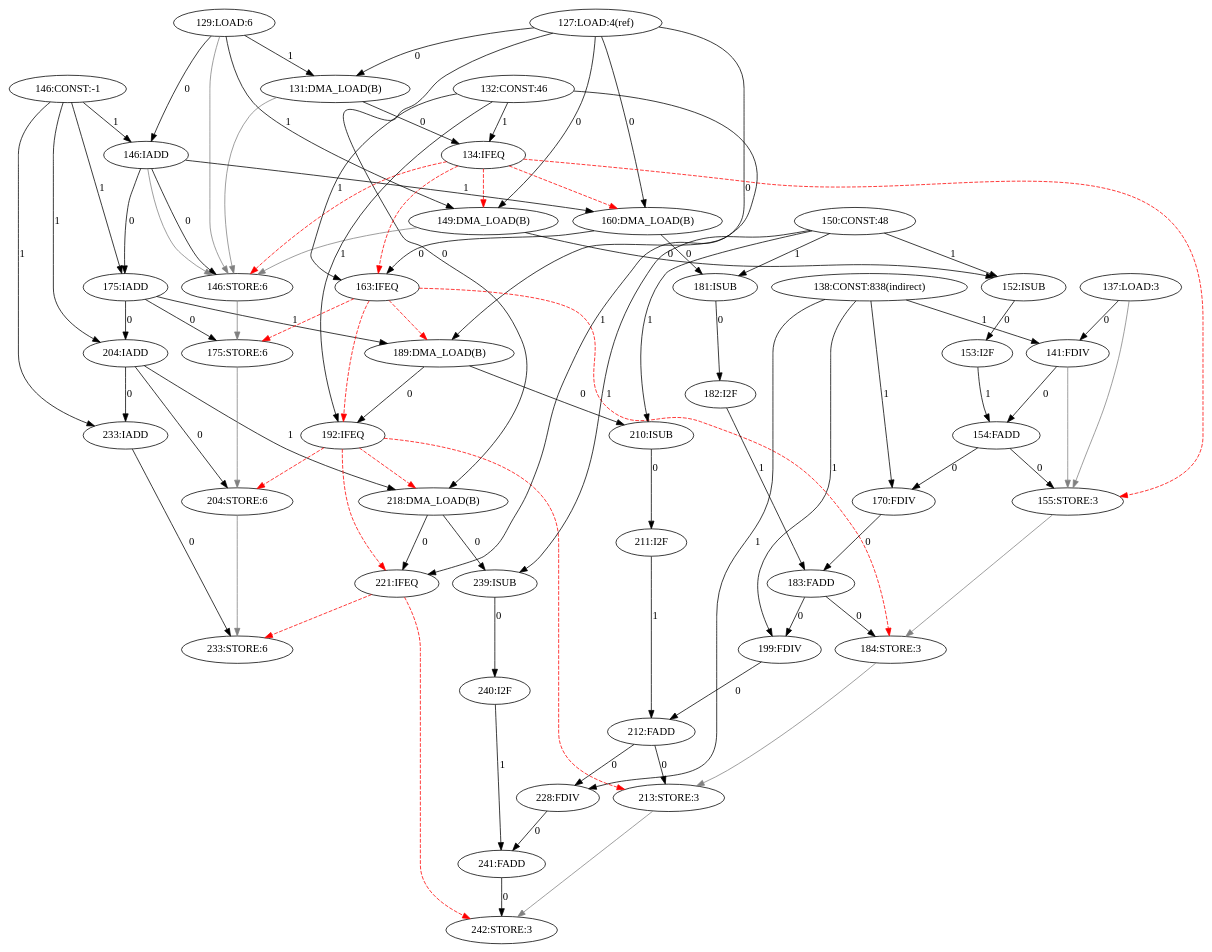
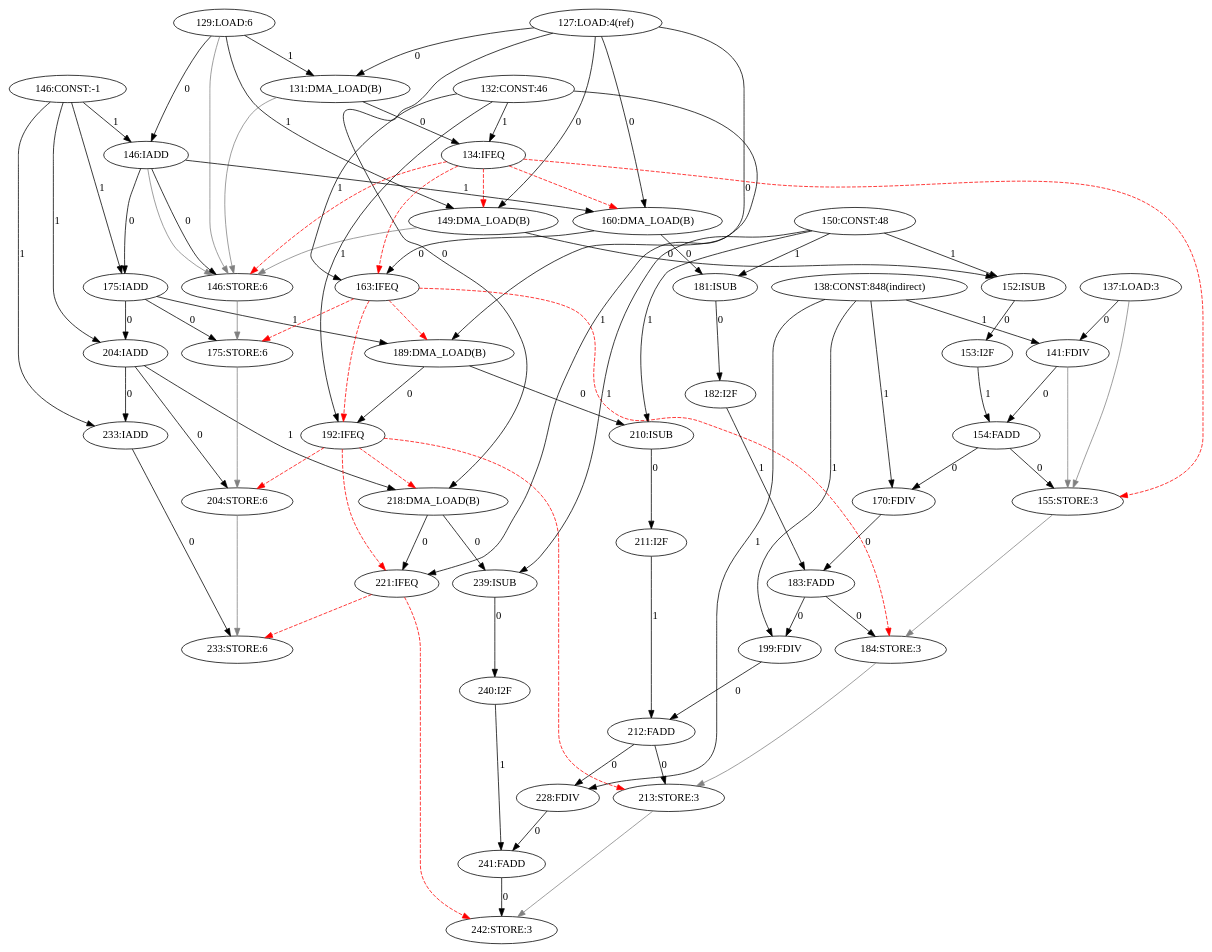
The diagram in amidar-sim2/Amidar/log/java.lang.Float.parseFloat(Ljava.lang.String;)F-127-246-CDFG.dot (Ana-Borg/CGRA-Versuch), drawn with Graphviz before and after one commit. The commit also changed 119 other files, not shown here.

```diff
--- a/amidar-sim2/Amidar/log/java.lang.Float.parseFloat(Ljava.lang.String;)F-127-246-CDFG.dot
+++ b/amidar-sim2/Amidar/log/java.lang.Float.parseFloat(Ljava.lang.String;)F-127-246-CDFG.dot
@@ -1,91 +1,91 @@
 digraph depgraph {
 "127:LOAD:4(ref)" -> "131:DMA_LOAD(B)"[label=0];
 "129:LOAD:6" -> "131:DMA_LOAD(B)"[label=1];
 "127:LOAD:4(ref)" -> "149:DMA_LOAD(B)"[label=0];
 "129:LOAD:6" -> "149:DMA_LOAD(B)"[label=1];
 "134:IFEQ" -> "149:DMA_LOAD(B)"[color=red,style=dashed];
 "127:LOAD:4(ref)" -> "160:DMA_LOAD(B)"[label=0];
 "146:IADD" -> "160:DMA_LOAD(B)"[label=1];
 "134:IFEQ" -> "160:DMA_LOAD(B)"[color=red,style=dashed];
 "127:LOAD:4(ref)" -> "189:DMA_LOAD(B)"[label=0];
 "175:IADD" -> "189:DMA_LOAD(B)"[label=1];
 "163:IFEQ" -> "189:DMA_LOAD(B)"[color=red,style=dashed];
 "127:LOAD:4(ref)" -> "218:DMA_LOAD(B)"[label=0];
 "204:IADD" -> "218:DMA_LOAD(B)"[label=1];
 "192:IFEQ" -> "218:DMA_LOAD(B)"[color=red,style=dashed];
 "146:IADD" -> "146:STORE:6"[label=0];
 "129:LOAD:6" -> "146:STORE:6"[color=gray];
 "131:DMA_LOAD(B)" -> "146:STORE:6"[color=gray];
 "134:IFEQ" -> "146:STORE:6"[color=red,style=dashed];
 "146:IADD" -> "146:STORE:6"[color=gray];
 "149:DMA_LOAD(B)" -> "146:STORE:6"[color=gray];
 "129:LOAD:6" -> "146:IADD"[label=0];
 "146:CONST:-1" -> "146:IADD"[label=1];
 "131:DMA_LOAD(B)" -> "134:IFEQ"[label=0];
 "132:CONST:46" -> "134:IFEQ"[label=1];
 "160:DMA_LOAD(B)" -> "163:IFEQ"[label=0];
 "132:CONST:46" -> "163:IFEQ"[label=1];
 "134:IFEQ" -> "163:IFEQ"[color=red,style=dashed];
 "189:DMA_LOAD(B)" -> "192:IFEQ"[label=0];
 "132:CONST:46" -> "192:IFEQ"[label=1];
 "163:IFEQ" -> "192:IFEQ"[color=red,style=dashed];
 "218:DMA_LOAD(B)" -> "221:IFEQ"[label=0];
 "132:CONST:46" -> "221:IFEQ"[label=1];
 "192:IFEQ" -> "221:IFEQ"[color=red,style=dashed];
 "154:FADD" -> "155:STORE:3"[label=0];
 "134:IFEQ" -> "155:STORE:3"[color=red,style=dashed];
 "137:LOAD:3" -> "155:STORE:3"[color=gray];
 "141:FDIV" -> "155:STORE:3"[color=gray];
 "137:LOAD:3" -> "141:FDIV"[label=0];
-"138:CONST:838(indirect)" -> "141:FDIV"[label=1];
+"138:CONST:848(indirect)" -> "141:FDIV"[label=1];
 "154:FADD" -> "170:FDIV"[label=0];
-"138:CONST:838(indirect)" -> "170:FDIV"[label=1];
+"138:CONST:848(indirect)" -> "170:FDIV"[label=1];
 "183:FADD" -> "199:FDIV"[label=0];
-"138:CONST:838(indirect)" -> "199:FDIV"[label=1];
+"138:CONST:848(indirect)" -> "199:FDIV"[label=1];
 "212:FADD" -> "228:FDIV"[label=0];
-"138:CONST:838(indirect)" -> "228:FDIV"[label=1];
+"138:CONST:848(indirect)" -> "228:FDIV"[label=1];
 "141:FDIV" -> "154:FADD"[label=0];
 "153:I2F" -> "154:FADD"[label=1];
 "146:IADD" -> "175:IADD"[label=0];
 "146:CONST:-1" -> "175:IADD"[label=1];
 "175:IADD" -> "204:IADD"[label=0];
 "146:CONST:-1" -> "204:IADD"[label=1];
 "204:IADD" -> "233:IADD"[label=0];
 "146:CONST:-1" -> "233:IADD"[label=1];
 "175:IADD" -> "175:STORE:6"[label=0];
 "146:STORE:6" -> "175:STORE:6"[color=gray];
 "163:IFEQ" -> "175:STORE:6"[color=red,style=dashed];
 "149:DMA_LOAD(B)" -> "152:ISUB"[label=0];
 "150:CONST:48" -> "152:ISUB"[label=1];
 "160:DMA_LOAD(B)" -> "181:ISUB"[label=0];
 "150:CONST:48" -> "181:ISUB"[label=1];
 "189:DMA_LOAD(B)" -> "210:ISUB"[label=0];
 "150:CONST:48" -> "210:ISUB"[label=1];
 "218:DMA_LOAD(B)" -> "239:ISUB"[label=0];
 "150:CONST:48" -> "239:ISUB"[label=1];
 "152:ISUB" -> "153:I2F"[label=0];
 "183:FADD" -> "184:STORE:3"[label=0];
 "155:STORE:3" -> "184:STORE:3"[color=gray];
 "163:IFEQ" -> "184:STORE:3"[color=red,style=dashed];
 "170:FDIV" -> "183:FADD"[label=0];
 "182:I2F" -> "183:FADD"[label=1];
 "204:IADD" -> "204:STORE:6"[label=0];
 "175:STORE:6" -> "204:STORE:6"[color=gray];
 "192:IFEQ" -> "204:STORE:6"[color=red,style=dashed];
 "181:ISUB" -> "182:I2F"[label=0];
 "212:FADD" -> "213:STORE:3"[label=0];
 "184:STORE:3" -> "213:STORE:3"[color=gray];
 "192:IFEQ" -> "213:STORE:3"[color=red,style=dashed];
 "199:FDIV" -> "212:FADD"[label=0];
 "211:I2F" -> "212:FADD"[label=1];
 "233:IADD" -> "233:STORE:6"[label=0];
 "204:STORE:6" -> "233:STORE:6"[color=gray];
 "221:IFEQ" -> "233:STORE:6"[color=red,style=dashed];
 "210:ISUB" -> "211:I2F"[label=0];
 "241:FADD" -> "242:STORE:3"[label=0];
 "213:STORE:3" -> "242:STORE:3"[color=gray];
 "221:IFEQ" -> "242:STORE:3"[color=red,style=dashed];
 "228:FDIV" -> "241:FADD"[label=0];
 "240:I2F" -> "241:FADD"[label=1];
 "239:ISUB" -> "240:I2F"[label=0];
 }
```
